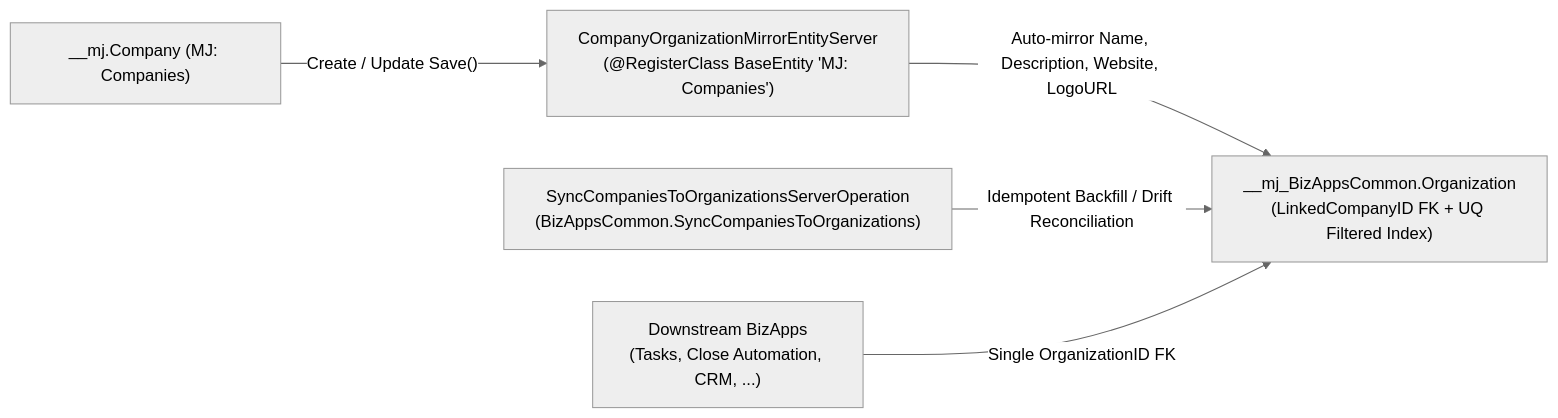
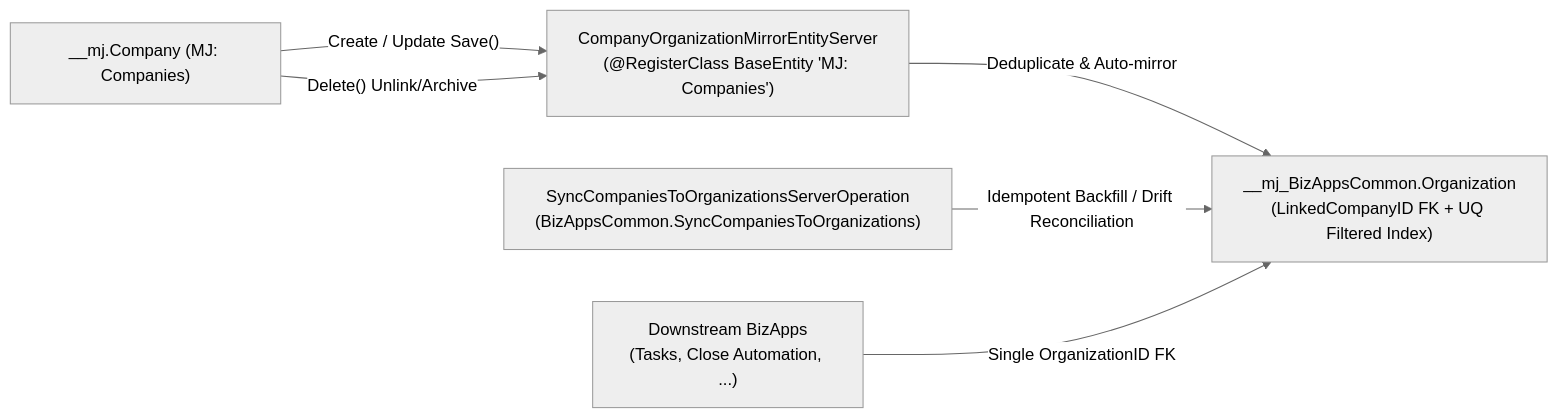
The diagram in docs/company-organization-mirroring.md (MemberJunction/bizapps-common), drawn with Mermaid (neutral theme) before and after one commit. The commit also changed other lines of this file and 10 other files, not shown here.

````diff
--- a/docs/company-organization-mirroring.md
+++ b/docs/company-organization-mirroring.md
@@ -26,13 +26,14 @@
 ```mermaid
 flowchart LR
     C["__mj.Company (MJ: Companies)"]
     S["CompanyOrganizationMirrorEntityServer<br/>(@RegisterClass BaseEntity 'MJ: Companies')"]
     RPC["SyncCompaniesToOrganizationsServerOperation<br/>(BizAppsCommon.SyncCompaniesToOrganizations)"]
     O["__mj_BizAppsCommon.Organization<br/>(LinkedCompanyID FK + UQ Filtered Index)"]
-    Apps["Downstream BizApps<br/>(Tasks, Close Automation, CRM, ...)"]
+    Apps["Downstream BizApps<br/>(Tasks, Close Automation, ...)"]
 
     C -- "Create / Update Save()" --> S
-    S -- "Auto-mirror Name, Description, Website, LogoURL" --> O
+    C -- "Delete() Unlink/Archive" --> S
+    S -- "Deduplicate & Auto-mirror" --> O
     RPC -- "Idempotent Backfill / Drift Reconciliation" --> O
     Apps -- "Single OrganizationID FK" --> O
 ```
````
